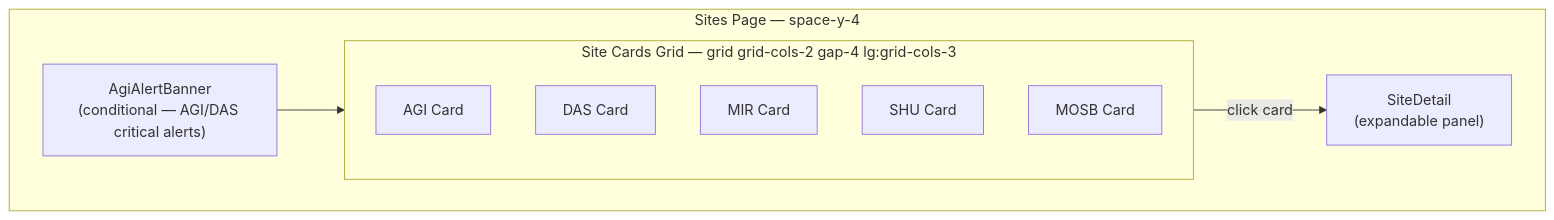
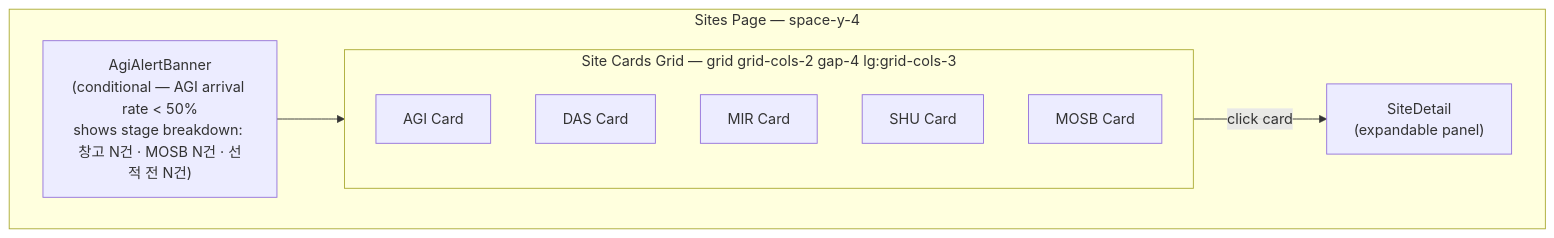
Before and after one commit to macho715/logi_hvdc_dash: the ninth of 14 diagrams in apps/logistics-dashboard/docs/LAYOUT.md, drawn with Mermaid. The commit also changed other lines of this file and 80 other files, not shown here.

````diff
--- a/apps/logistics-dashboard/docs/LAYOUT.md
+++ b/apps/logistics-dashboard/docs/LAYOUT.md
@@ -298,17 +362,17 @@
 ```mermaid
 graph TD
     subgraph SitesPage["Sites Page — space-y-4"]
-        AgiAlert["AgiAlertBanner<br/>(conditional — AGI/DAS critical alerts)"]
+        AgiAlert["AgiAlertBanner<br/>(conditional — AGI arrival rate < 50%<br/>shows stage breakdown: 창고 N건 · MOSB N건 · 선적 전 N건)"]
         subgraph SiteGrid["Site Cards Grid — grid grid-cols-2 gap-4 lg:grid-cols-3"]
             AGI["AGI Card"]
             DAS["DAS Card"]
             MIR["MIR Card"]
             SHU["SHU Card"]
             MOSB["MOSB Card"]
         end
         SiteDetail["SiteDetail<br/>(expandable panel)"]
     end
 
     AgiAlert --> SiteGrid
     SiteGrid -->|"click card"| SiteDetail
 ```
````
